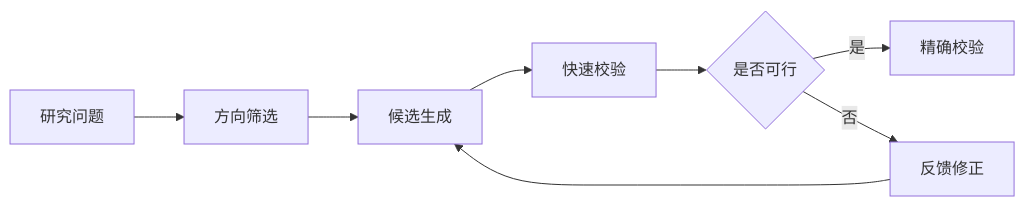
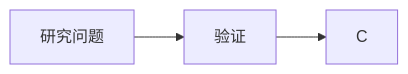
The first of 5 diagrams in README.md (Moxise/engineering-research-workbench), drawn with Mermaid before and after one commit. The commit also changed other lines of this file, not shown here.

````diff
--- a/README.md
+++ b/README.md
@@ -140,10 +140,4 @@
 ```mermaid
 flowchart LR
-    A[研究问题] --> B[方向筛选]
-    B --> C[候选生成]
-    C --> D[快速校验]
-    D --> E{是否可行}
-    E -->|是| F[精确校验]
-    E -->|否| G[反馈修正]
-    G --> C
+    A[研究问题] --> B[验证]--> C
 ```
````
